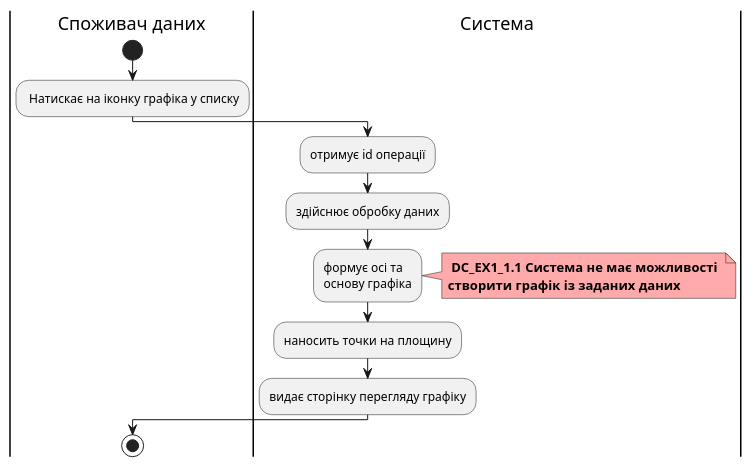
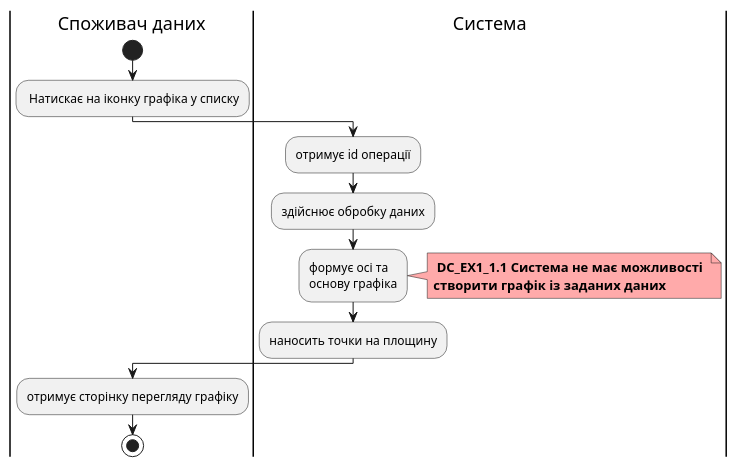
One commit to boldak/edu-db-cw changed the first of 5 diagrams in docs/use cases/DataConsumer.md. Above: the diagram before and after it, drawn with PlantUML. The commit also changed other lines of this file and 2 other files, not shown here.

Commit message:
files added to main readme file, all diagrams together, diagrams arrows fixed

```diff
--- a/docs/use cases/DataConsumer.md
+++ b/docs/use cases/DataConsumer.md
@@ -28,20 +26,20 @@
 @startuml
 
     |Споживач даних|
         start
         : Натискає на іконку графіка у списку;
     |Система|
         :отримує id операції;
         :здійснює обробку даних;
         :формує осі та 
         основу графіка;
         note right #ffaaaa
         <b> DС_EX1_1.1 Система не має можливості 
         <b>створити графік із заданих даних
         end note
         :наносить точки на площину;
-        :видає сторінку перегляду графіку;
     |Споживач даних|
+        :отримує сторінку перегляду графіку;
         stop;
 
 @enduml
```
